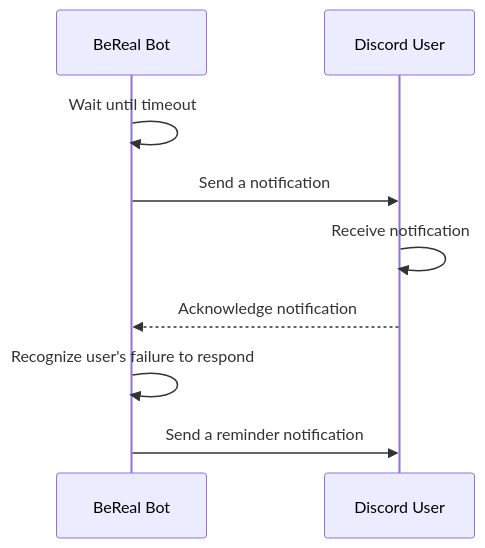
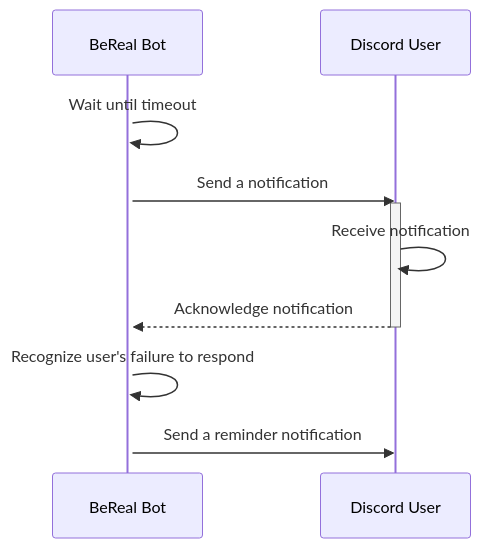
Before and after one commit to Capstone-Projects-2023-Fall/project-bereal-meets-slack: the fifth of 11 diagrams in documentation/docs/system-architecture/design.md, drawn with Mermaid. The commit also changed other lines of this file, not shown here.

````diff
--- a/documentation/docs/system-architecture/design.md
+++ b/documentation/docs/system-architecture/design.md
@@ -273,14 +275,17 @@
 ```mermaid
 
 sequenceDiagram
     participant BeRealBot as BeReal Bot
     participant User as Discord User
 
+    activate BeRealBot
     BeRealBot ->> BeRealBot: Wait until timeout
     BeRealBot ->> User: Send a notification
+    activate User
     User ->> User: Receive notification
     User -->> BeRealBot: Acknowledge notification
+    deactivate User
     BeRealBot ->> BeRealBot: Recognize user's failure to respond
     BeRealBot ->> User: Send a reminder notification
 
 ```
````
